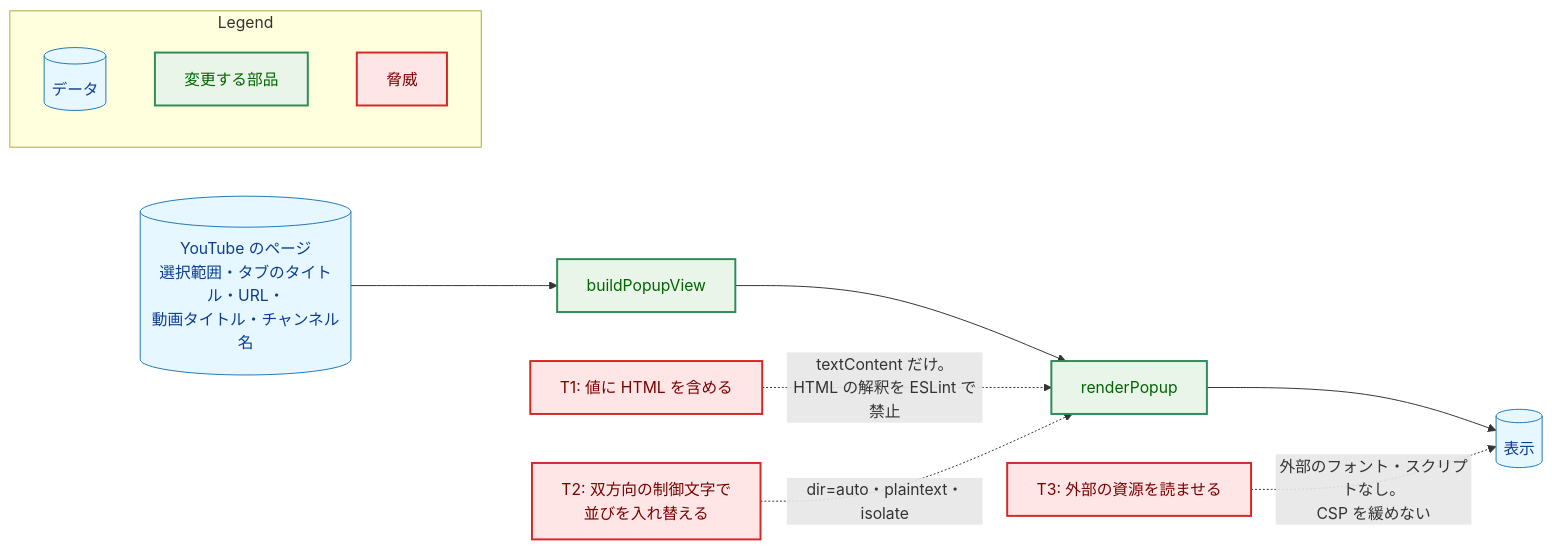
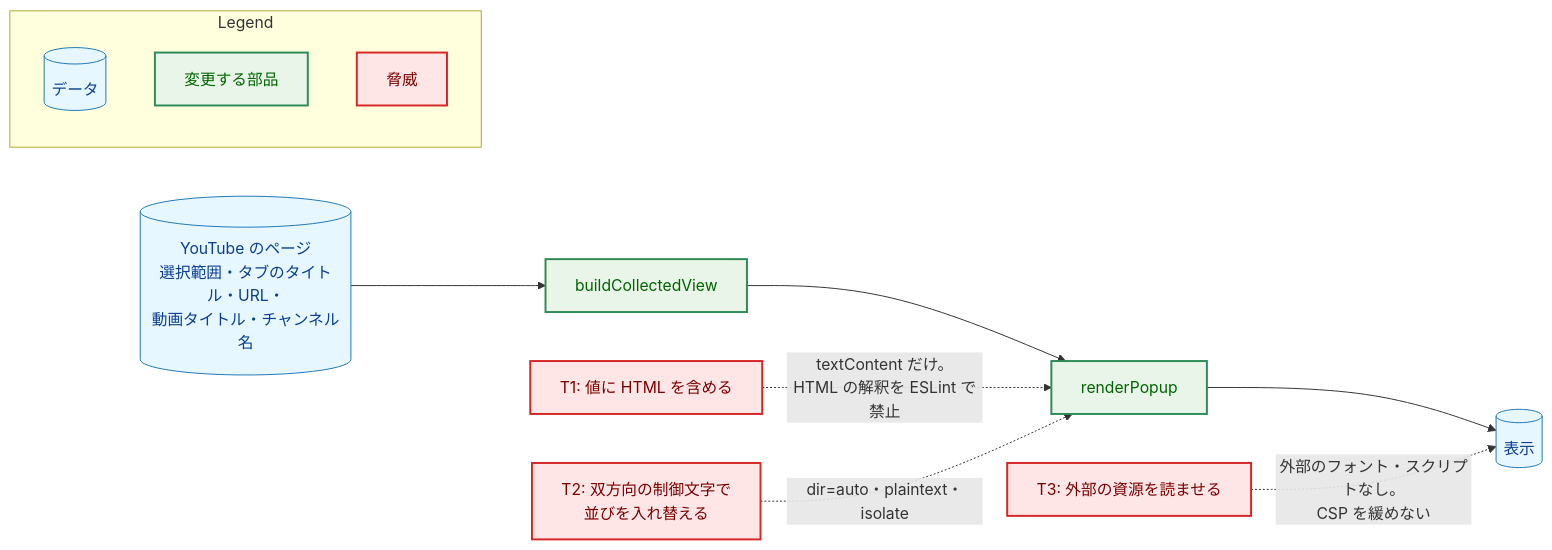
One commit to isseis/yt2column changed the third of 5 diagrams in docs/tasks/0046_popup_redesign/02_architecture.md. Above: the diagram before and after it, drawn with Mermaid. The commit also changed other lines of this file, not shown here.

First line of the commit message:
docs(0046): address architecture review and Japanese prose findings

````diff
--- a/docs/tasks/0046_popup_redesign/02_architecture.md
+++ b/docs/tasks/0046_popup_redesign/02_architecture.md
@@ -615,34 +655,33 @@
 ```mermaid
 flowchart LR
     classDef data fill:#e6f7ff,stroke:#1f77b4,stroke-width:1px,color:#0b3d91;
-    classDef process fill:#fff1e6,stroke:#ff7f0e,stroke-width:1px,color:#8a3e00;
     classDef enhanced fill:#e8f5e8,stroke:#2e8b57,stroke-width:2px,color:#006400;
     classDef problem fill:#ffe6e6,stroke:#d62728,stroke-width:2px,color:#7b0000;
 
     PAGE[("YouTube のページ<br>選択範囲・タブのタイトル・URL・<br>動画タイトル・チャンネル名")]
-    VIEW["buildPopupView"]
+    VIEW["buildCollectedView"]
     RENDER["renderPopup"]
     DOMV[("表示")]
 
     T1["T1: 値に HTML を含める"]
     T2["T2: 双方向の制御文字で<br>並びを入れ替える"]
     T3["T3: 外部の資源を読ませる"]
 
     PAGE --> VIEW --> RENDER --> DOMV
     T1 -.->|"textContent だけ。<br>HTML の解釈を ESLint で禁止"| RENDER
     T2 -.->|"dir=auto・plaintext・isolate"| RENDER
     T3 -.->|"外部のフォント・スクリプトなし。<br>CSP を緩めない"| DOMV
 
     class PAGE,DOMV data
     class VIEW,RENDER enhanced
     class T1,T2,T3 problem
 
     subgraph Legend["Legend"]
         L1[("データ")]
         L2["変更する部品"]
         L3["脅威"]
     end
     class L1 data
     class L2 enhanced
     class L3 problem
 ```
````
